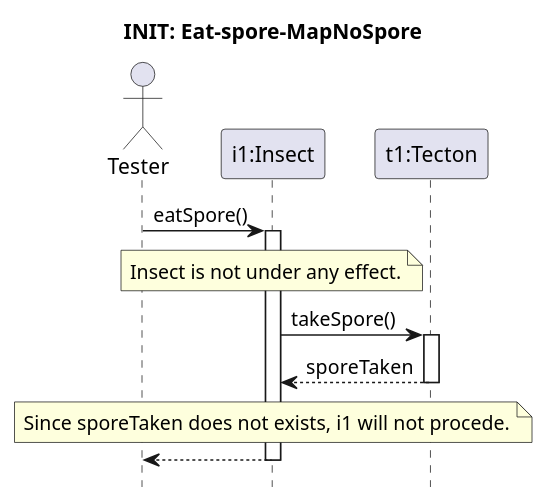
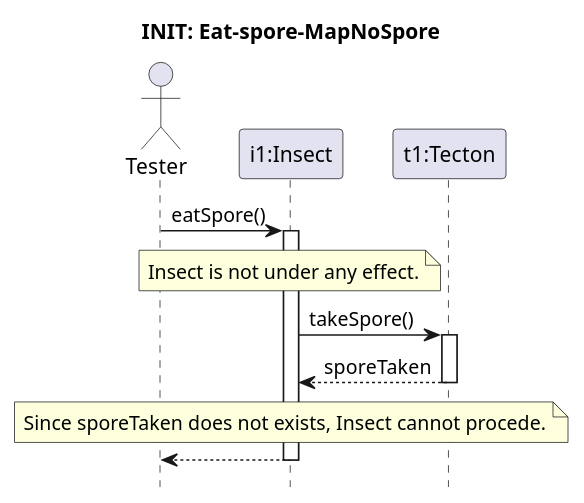
Before and after one commit to ZD4ve/projlab-error521: the diagram in Skeleton/Eat-spore/no-spore.pu, drawn with PlantUML. The commit also changed 3 other files, not shown here.

```diff
--- a/Skeleton/Eat-spore/no-spore.pu
+++ b/Skeleton/Eat-spore/no-spore.pu
@@ -1,21 +1,21 @@
 @startuml Insect-chew-mycelium/no-spore
 hide footbox
 title INIT: Eat-spore-MapNoSpore
 
 actor Tester as S
 participant "i1:Insect" as i1
 participant "t1:Tecton" as t1
 
 S -> i1 : eatSpore()
 activate i1
 
 note over i1: Insect is not under any effect.
 i1 -> t1 : takeSpore()
 activate t1
 
 return sporeTaken
 
-note over i1: Since sporeTaken does not exists, i1 will not procede.
+note over i1: Since sporeTaken does not exists, Insect cannot procede.
 
 return
 @enduml
```
